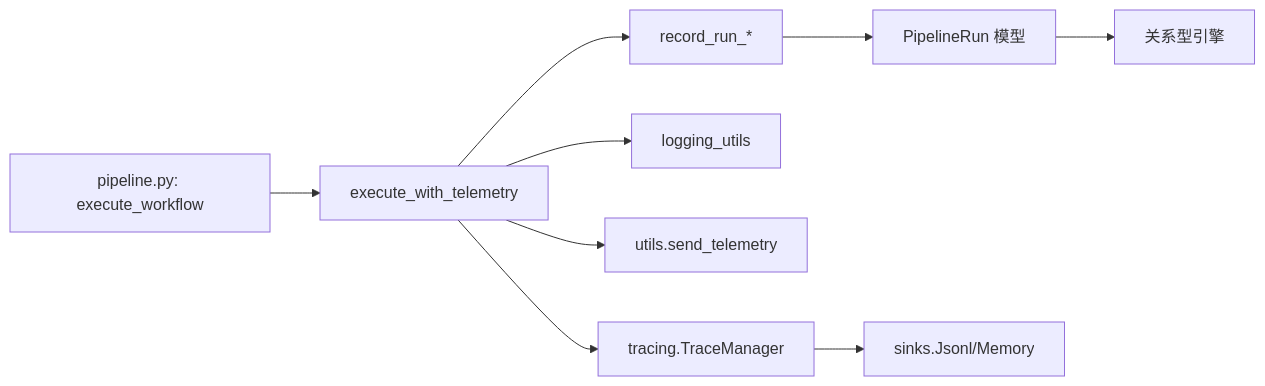
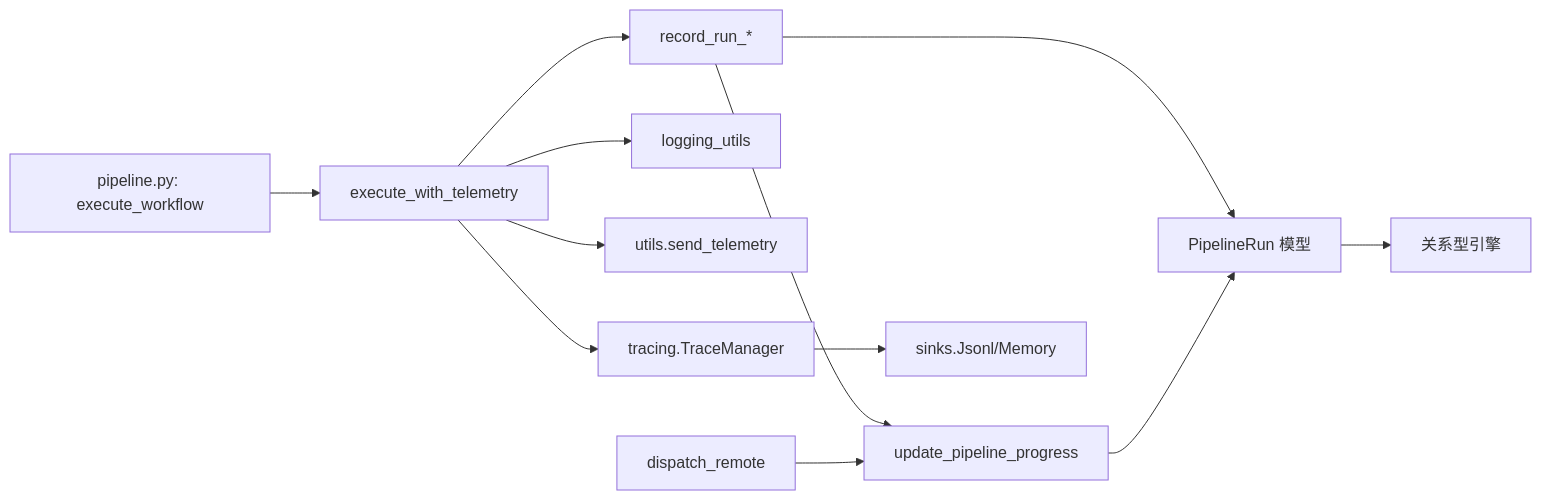
The sixth of 6 diagrams in .qoder/repowiki/zh/content/管道系统设计/管道监控与调试.md (alvinwangzi/m_flow), drawn with Mermaid before and after one commit. The commit also changed other lines of this file and 38 other files, not shown here.

````diff
--- a/.qoder/repowiki/zh/content/管道系统设计/管道监控与调试.md
+++ b/.qoder/repowiki/zh/content/管道系统设计/管道监控与调试.md
@@ -281,11 +324,14 @@
 ```mermaid
 graph LR
 P["pipeline.py: execute_workflow"] --> T["execute_with_telemetry"]
 T --> R["record_run_*"]
 T --> L["logging_utils"]
 T --> U["utils.send_telemetry"]
 T --> TR["tracing.TraceManager"]
 R --> PR["PipelineRun 模型"]
 PR --> DB["关系型引擎"]
+R --> UP["update_pipeline_progress"]
+DR["dispatch_remote"] --> UP
+UP --> PR
 TR --> S["sinks.Jsonl/Memory"]
 ```
````
